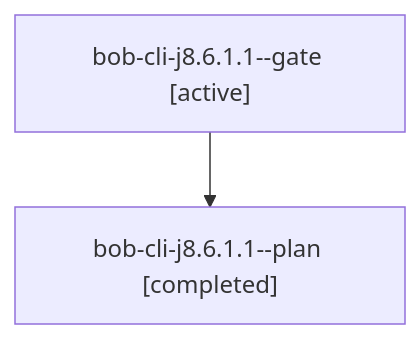
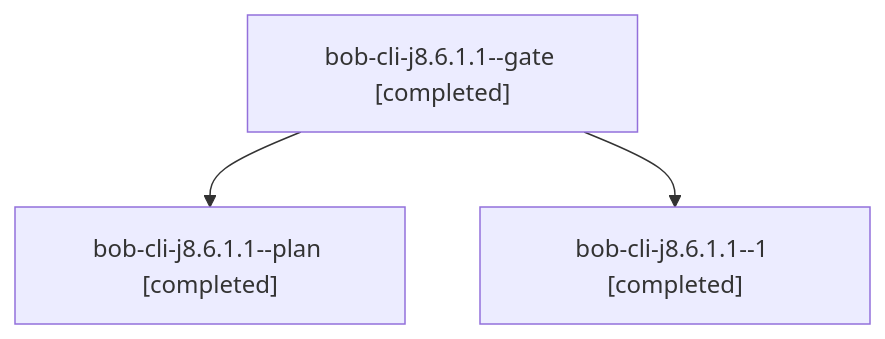
Before and after one commit to bobs-org/bob-cli--agents: the diagram in sessions/bbugyi200.apollo.bob-cli-j8.6.1.1.md, drawn with Mermaid. The commit also changed other lines of this file and 70 other files, not shown here.

````diff
--- a/sessions/bbugyi200.apollo.bob-cli-j8.6.1.1.md
+++ b/sessions/bbugyi200.apollo.bob-cli-j8.6.1.1.md
@@ -9,6 +9,8 @@
 ```mermaid
 flowchart TD
-  n0["bob-cli-j8.6.1.1--gate [active]"]
+  n0["bob-cli-j8.6.1.1--gate [completed]"]
   n1["bob-cli-j8.6.1.1--plan [completed]"]
   n0 --> n1
+  n2["bob-cli-j8.6.1.1--1 [completed]"]
+  n0 --> n2
 ```
````
